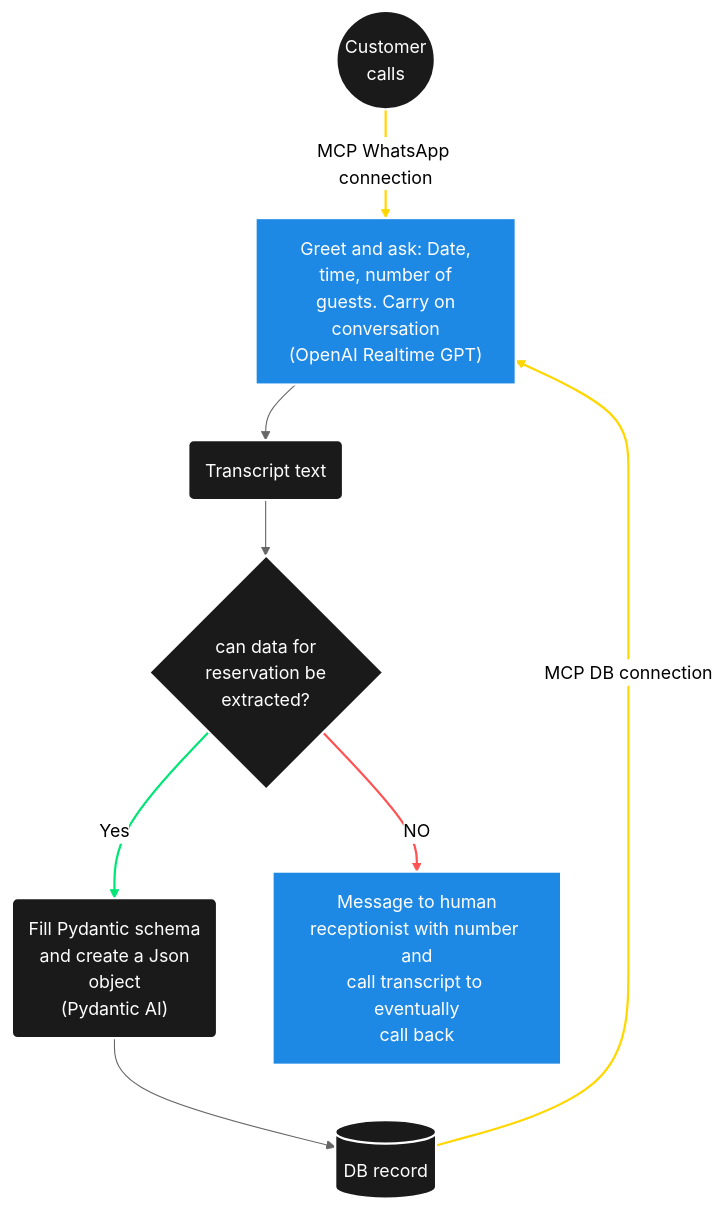
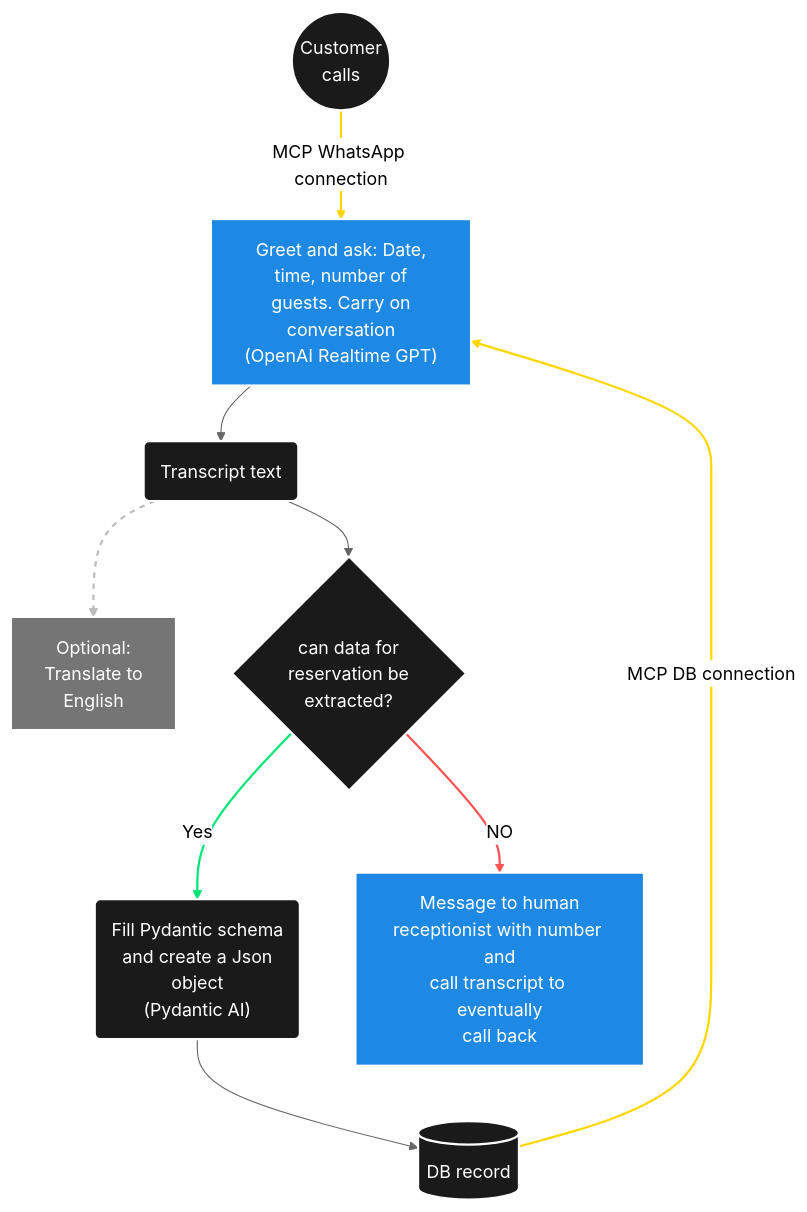
One commit to opsabarsec/hotel-receptionist-voice-bot changed the diagram in README.md. Above: the diagram before and after it, drawn with Mermaid (neutral theme).

Commit message:
feat: added translation node to markdown diagram

````diff
--- a/README.md
+++ b/README.md
@@ -20,33 +20,43 @@
 ```mermaid
 flowchart TD
     %% Nodes
     A(("Customer<br/>calls"))
     B["Greet and ask: Date,<br/>time, number of<br/>guests. Carry on<br/>conversation<br/>(OpenAI Realtime GPT)"]
     C("Transcript text")
+    T["Optional:<br/>Translate to<br/>English"]
     D{"can data for<br/>reservation be<br/>extracted?"}
     E("Fill Pydantic schema<br/>and create a Json<br/>object<br/>(Pydantic AI)")
     F[("DB record")]
     G["Message to human<br/>receptionist with number and<br/>call transcript to eventually<br/>call back"]
 
     %% Edges
     A ==>|MCP WhatsApp connection| B
     B --> C
     C --> D
+    C -.-> T
     D -->|Yes| E
     D -->|NO| G
     E --> F
     F ==>|MCP DB connection| B
 
     %% Colors
     classDef blueFill fill:#1E88E5,stroke:#fff,stroke-width:2px,color:#fff
     classDef blackFill fill:#1a1a1a,stroke:#fff,stroke-width:2px,color:#fff
+    classDef grayFill fill:#757575,stroke:#fff,stroke-width:2px,color:#fff
     
     class B,G blueFill
     class A,C,D,E,F blackFill
+    class T grayFill
 
-    %% Edge Colors: 0=A->B, 3=D->E(Yes), 4=D->G(NO), 6=F->B
+    %% Edge Colors
+    %% 0: A->B
+    %% 3: C->T
+    %% 4: D->E (Yes)
+    %% 5: D->G (NO)
+    %% 7: F->B
     linkStyle 0 stroke:#FFD700,stroke-width:2px;
-    linkStyle 3 stroke:#00E676,stroke-width:2px;
-    linkStyle 4 stroke:#FF5252,stroke-width:2px;
-    linkStyle 6 stroke:#FFD700,stroke-width:2px;
+    linkStyle 3 stroke:#BDBDBD,stroke-width:2px,stroke-dasharray: 5 5;
+    linkStyle 4 stroke:#00E676,stroke-width:2px;
+    linkStyle 5 stroke:#FF5252,stroke-width:2px;
+    linkStyle 7 stroke:#FFD700,stroke-width:2px;
 ```
````
